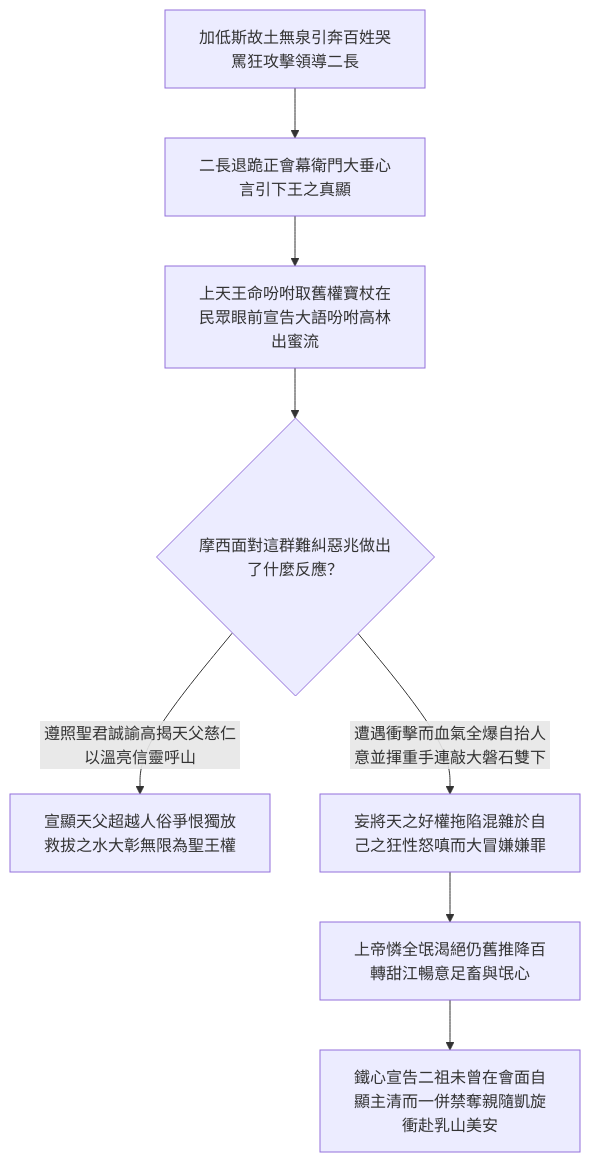
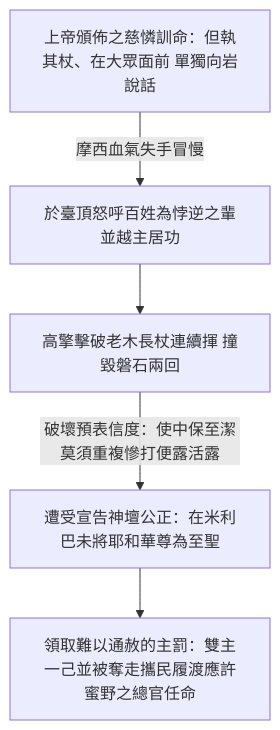
Before and after one commit to andyjr5566/Bible_wiki_zh_website: the second of 3 diagrams in content/04 民數記/第20章.md, drawn with Mermaid. The commit also changed other lines of this file and 471 other files, not shown here.

````diff
--- a/content/04 民數記/第20章.md
+++ b/content/04 民數記/第20章.md
@@ -77,10 +74,7 @@
 ```mermaid
 flowchart TD
-  A["加低斯故土無泉引奔百姓哭罵狂攻擊領導二長"] --> B["二長退跪正會幕衛門大垂心言引下王之真顯"]
-  B --> C["上天王命吩咐取舊權寶杖在民眾眼前宣告大語吩咐高林出蜜流"]
-  C --> D{"摩西面對這群難糾惡兆做出了什麼反應？"}
-  D -->|"遵照聖君誠諭高揭天父慈仁以溫亮信靈呼山"| E["宣顯天父超越人俗爭恨獨放救拔之水大彰無限為聖王權"]
-  D -->|"遭遇衝擊而血氣全爆自抬人意並揮重手連敲大磐石雙下"| F["妄將天之好權拖陷混雜於自己之狂性怒嗔而大冒嫌嫌罪"]
-  F --> G["上帝憐全氓渴絕仍舊推降百轉甜江暢意足畜與氓心"]
-  G --> H["鐵心宣告二祖未曾在會面自顯主清而一併禁奪親隨凱旋衝赴乳山美安"]
+    A["上帝頒佈之慈憐訓命：但執其杖、在大眾面前 單獨向岩說話"] -->|摩西血氣失手冒慢| B["於臺頂怒呼百姓為悖逆之輩並越主居功"]
+    B --> C["高擎擊破老木長杖連續揮 撞毀磐石兩回"]
+    C -->|破壞預表信度：使中保至潔莫須重複慘打便露活露| D["遭受宣告神壇公正：在米利巴未將耶和華尊為至聖"]
+    D --> E["領取難以通赦的主罰：雙主一己並被奪走攜民履渡應許蜜野之總官任命"]
 ```
````
